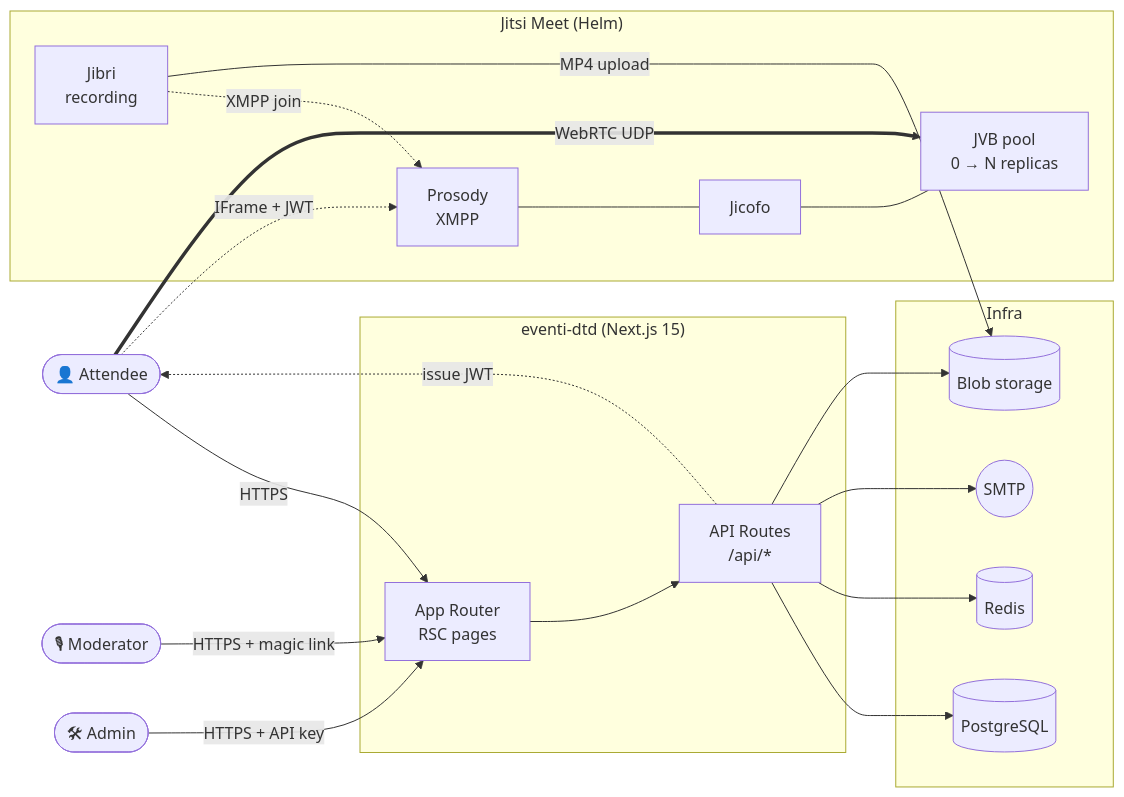
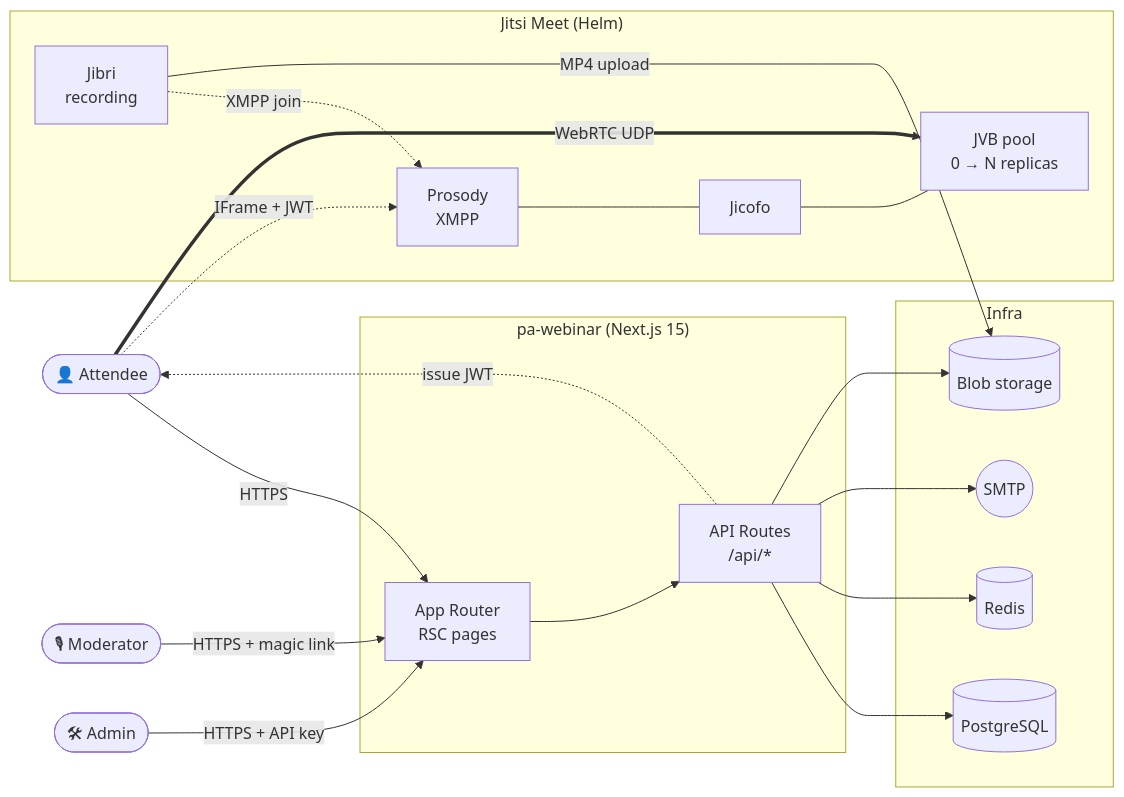
One commit to italia/pa-webinar changed the first of 3 diagrams in README.en.md. Above: the diagram before and after it, drawn with Mermaid. The commit also changed other lines of this file and 188 other files, not shown here.

First line of the commit message:
chore(rename): eventi-dtd → PA Webinar (codice, chart, brand, docs)

````diff
--- a/README.en.md
+++ b/README.en.md
@@ -63,43 +63,43 @@
 ```mermaid
 flowchart LR
   Browser(["👤 Attendee"])
   Moderator(["🎙 Moderator"])
   Admin(["🛠 Admin"])
 
-  subgraph App["eventi-dtd (Next.js 15)"]
+  subgraph App["pa-webinar (Next.js 15)"]
     API["API Routes<br/>/api/*"]
     Pages["App Router<br/>RSC pages"]
   end
 
   subgraph Jitsi["Jitsi Meet (Helm)"]
     Prosody["Prosody<br/>XMPP"]
     Jicofo
     JVB["JVB pool<br/>0 → N replicas"]
     Jibri["Jibri<br/>recording"]
   end
 
   subgraph Infra
     PG[(PostgreSQL)]
     Redis[(Redis)]
     SMTP((SMTP))
     Blob[(Blob storage)]
   end
 
   Browser -->|HTTPS| Pages
   Moderator -->|HTTPS + magic link| Pages
   Admin -->|HTTPS + API key| Pages
   Pages --> API
   Browser -.->|IFrame + JWT| Prosody
   Browser ==>|WebRTC UDP| JVB
   Jibri -.->|XMPP join| Prosody
   Jibri -->|MP4 upload| Blob
 
   API --> PG
   API --> Redis
   API --> SMTP
   API --> Blob
   API -.->|issue JWT| Browser
 
   Prosody --- Jicofo
   Jicofo --- JVB
 ```
````
